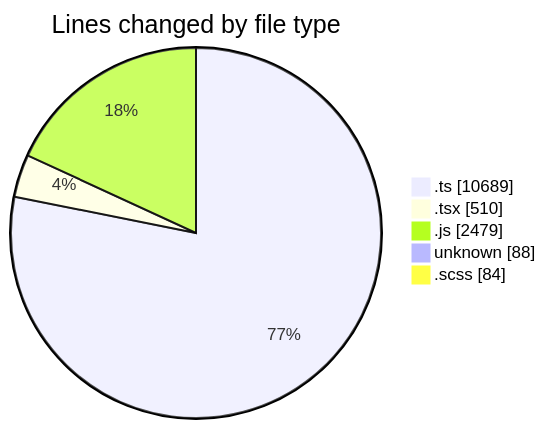
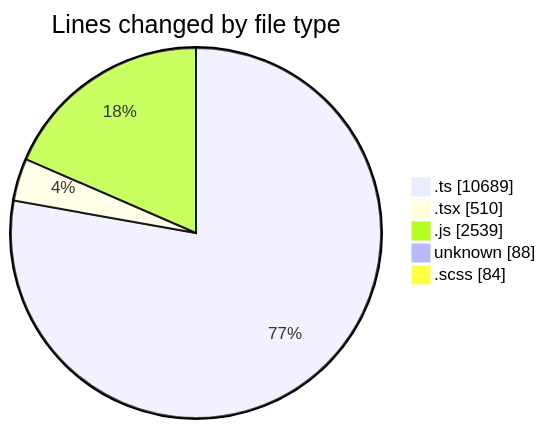
Before and after one commit to momahboobian/code-tracking: the first of 2 diagrams in 2026-03-11/cda/README.md, drawn with Mermaid. The commit also changed other lines of this file and 1 other file, not shown here.

````diff
--- a/2026-03-11/cda/README.md
+++ b/2026-03-11/cda/README.md
@@ -39,9 +39,9 @@
 ```mermaid
 pie showData
 title Lines changed by file type
 ".ts" : 10689
 ".tsx" : 510
-".js" : 2479
+".js" : 2539
 "unknown" : 88
 ".scss" : 84
 ```
````
